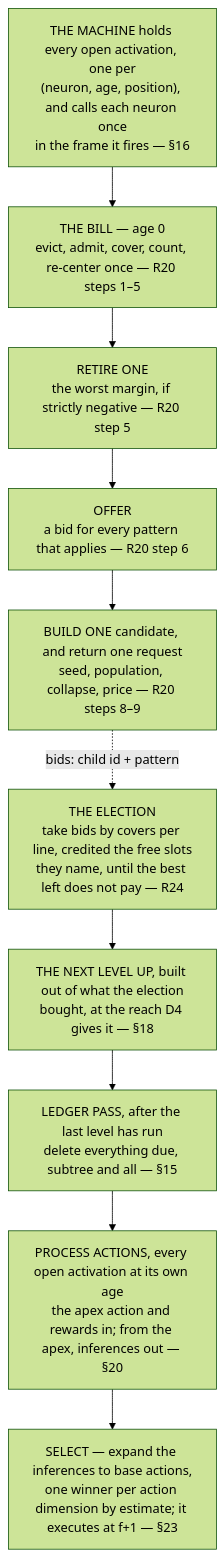
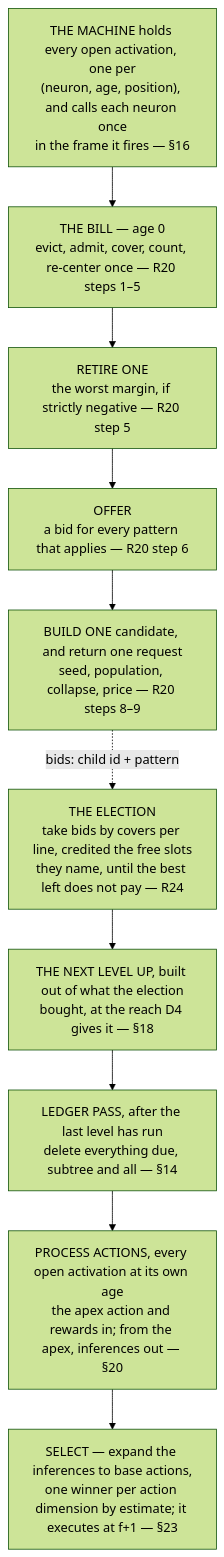
Before and after one commit to cucar/robot_brain: the diagram in docs/algorithm-remarks.md, drawn with Mermaid (forest theme). The commit also changed other lines of this file and 4 other files, not shown here.

````diff
--- a/docs/algorithm-remarks.md
+++ b/docs/algorithm-remarks.md
@@ -939,13 +931,13 @@
 ```mermaid
 flowchart TD
     A["THE MACHINE holds every open activation, one per<br/>(neuron, age, position), and calls each neuron once<br/>in the frame it fires — §16"]
     A --> B["THE BILL — age 0<br/>evict, admit, cover, count, re-center once — R20 steps 1–5"]
     B --> DEL["RETIRE ONE<br/>the worst margin, if strictly negative — R20 step 5"]
     DEL --> P["OFFER<br/>a bid for every pattern that applies — R20 step 6"]
     P --> M["BUILD ONE candidate, and return one request<br/>seed, population, collapse, price — R20 steps 8–9"]
     M -.->|"bids: child id + pattern"| X["THE ELECTION<br/>take bids by covers per line, credited the free slots<br/>they name, until the best left does not pay — R24"]
     X --> O["THE NEXT LEVEL UP, built out of what the election<br/>bought, at the reach D4 gives it — §18"]
-    O --> Z["LEDGER PASS, after the last level has run<br/>delete everything due, subtree and all — §15"]
+    O --> Z["LEDGER PASS, after the last level has run<br/>delete everything due, subtree and all — §14"]
     Z --> W["PROCESS ACTIONS, every open activation at its own age<br/>the apex action and rewards in; from the apex, inferences out — §20"]
     W --> S["SELECT — expand the inferences to base actions,<br/>one winner per action dimension by estimate; it executes at f+1 — §23"]
 ```
````
